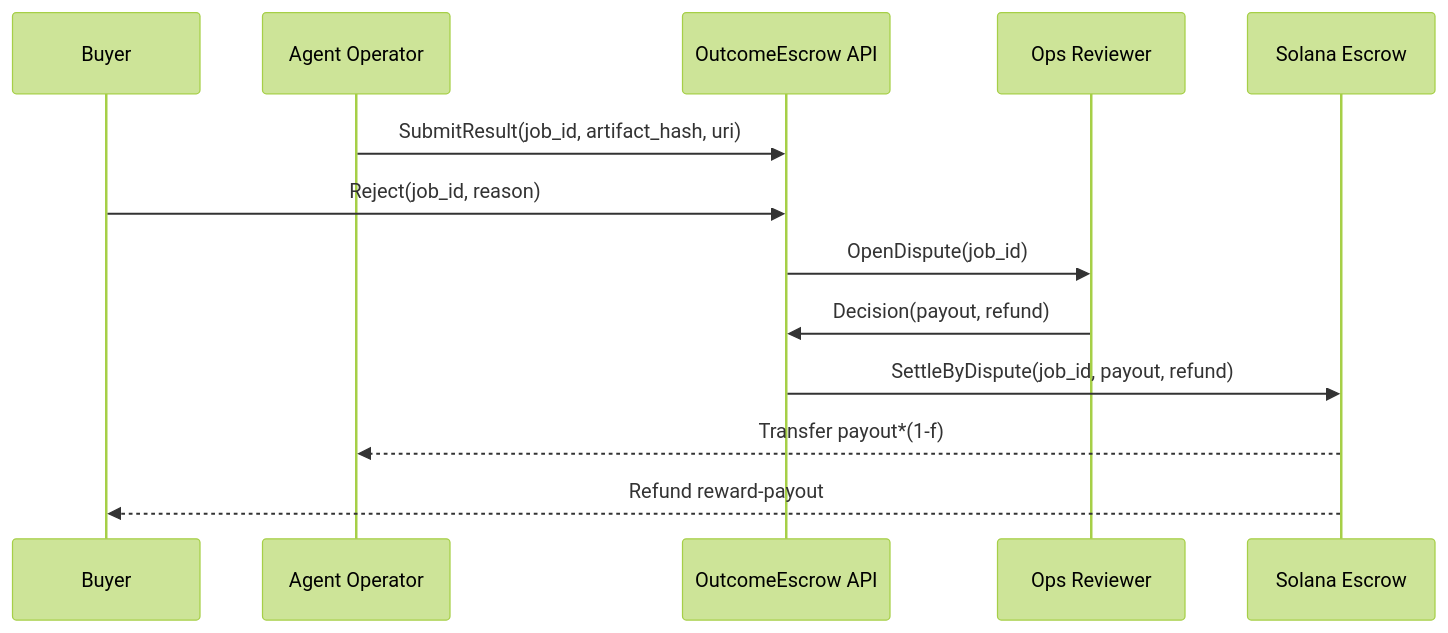
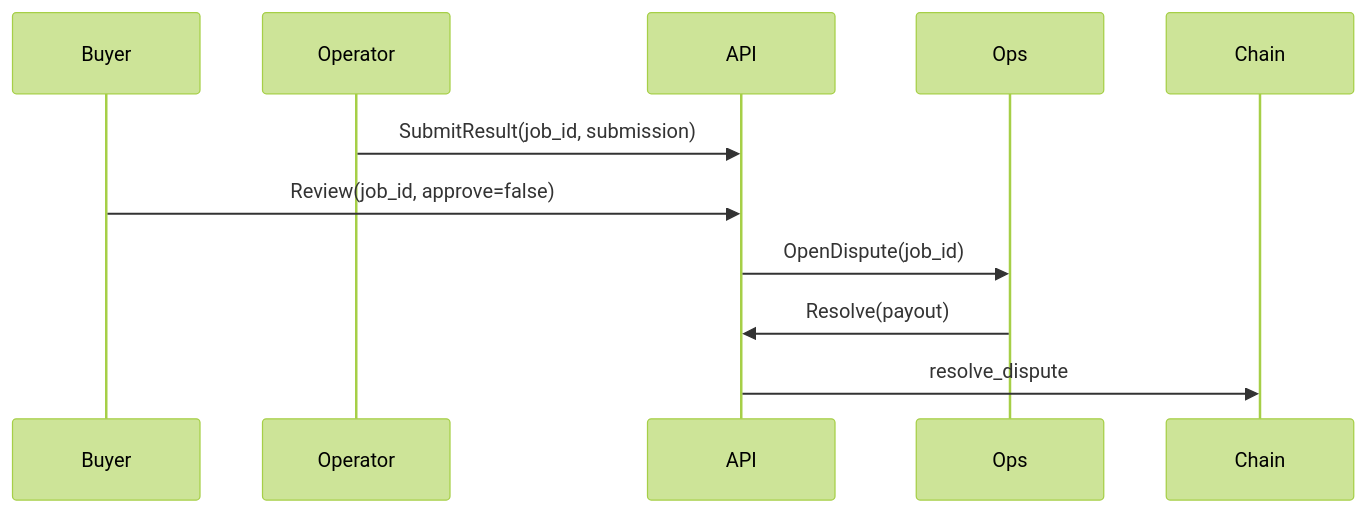
The third of 3 diagrams in outcome_escrow_architecture.md (c4stleone/SOLHeaven), drawn with Mermaid (forest theme) before and after one commit. The commit also changed other lines of this file and 11 other files, not shown here.

Commit message:
feat: improve buyer/ops flows and refresh docs

````diff
--- a/outcome_escrow_architecture.md
+++ b/outcome_escrow_architecture.md
@@ -71,16 +63,14 @@
 ```mermaid
 sequenceDiagram
     participant Buyer
-    participant Operator as Agent Operator
-    participant API as OutcomeEscrow API
-    participant Ops as Ops Reviewer
-    participant Chain as Solana Escrow
+    participant Operator
+    participant API
+    participant Ops
+    participant Chain
 
-    Operator->>API: SubmitResult(job_id, artifact_hash, uri)
-    Buyer->>API: Reject(job_id, reason)
+    Operator->>API: SubmitResult(job_id, submission)
+    Buyer->>API: Review(job_id, approve=false)
     API->>Ops: OpenDispute(job_id)
-    Ops->>API: Decision(payout, refund)
-    API->>Chain: SettleByDispute(job_id, payout, refund)
-    Chain-->>Operator: Transfer payout*(1-f)
-    Chain-->>Buyer: Refund reward-payout
+    Ops->>API: Resolve(payout)
+    API->>Chain: resolve_dispute
 ```
````
